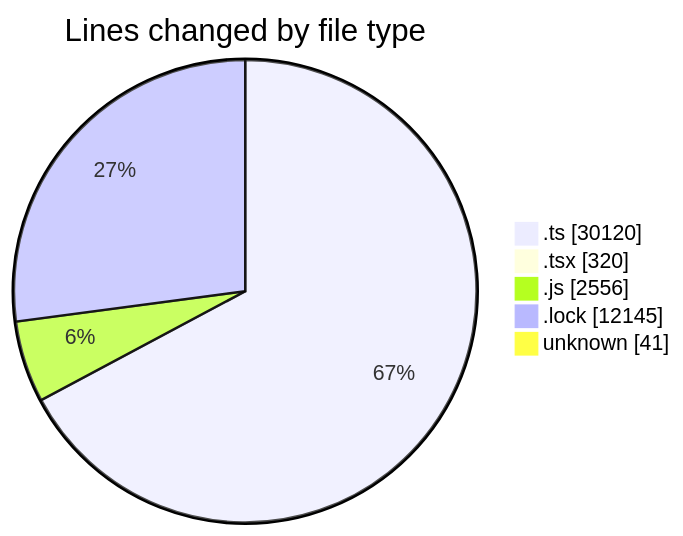
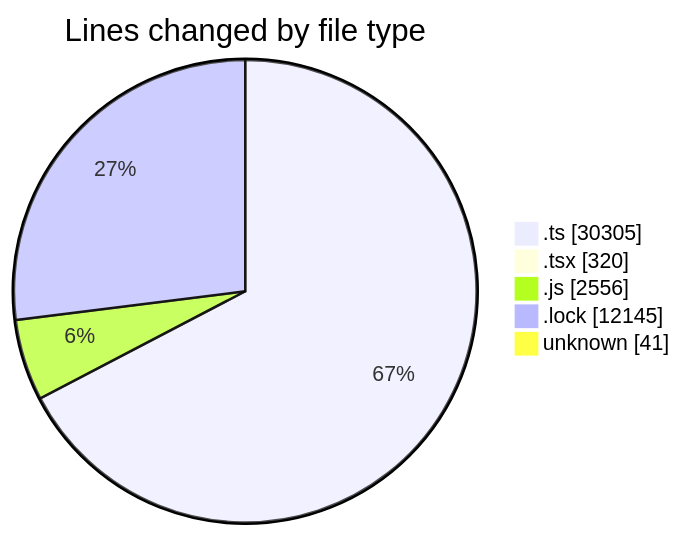
The first of 2 diagrams in 2025-08-13/cda/README.md (momahboobian/code-tracking), drawn with Mermaid before and after one commit. The commit also changed other lines of this file and 1 other file, not shown here.

````diff
--- a/2025-08-13/cda/README.md
+++ b/2025-08-13/cda/README.md
@@ -39,9 +40,9 @@
 ```mermaid
 pie showData
 title Lines changed by file type
-".ts" : 30120
+".ts" : 30305
 ".tsx" : 320
 ".js" : 2556
 ".lock" : 12145
 "unknown" : 41
 ```
````
